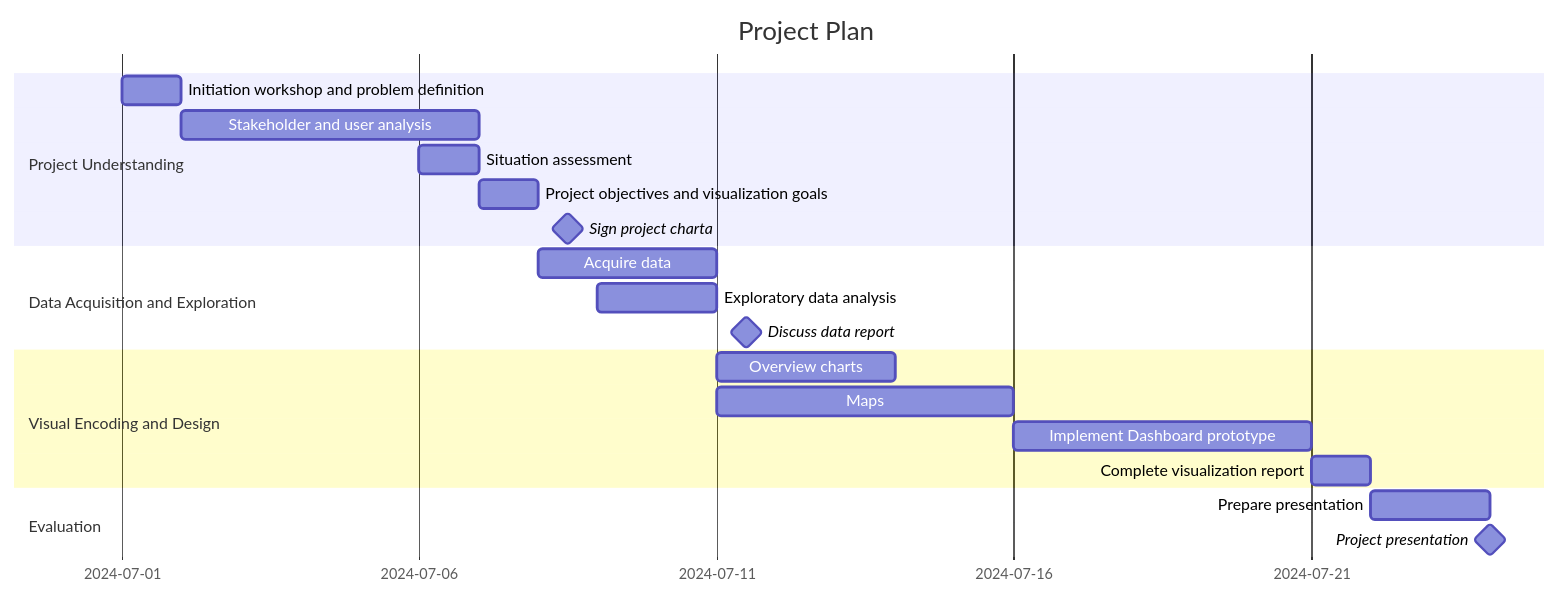
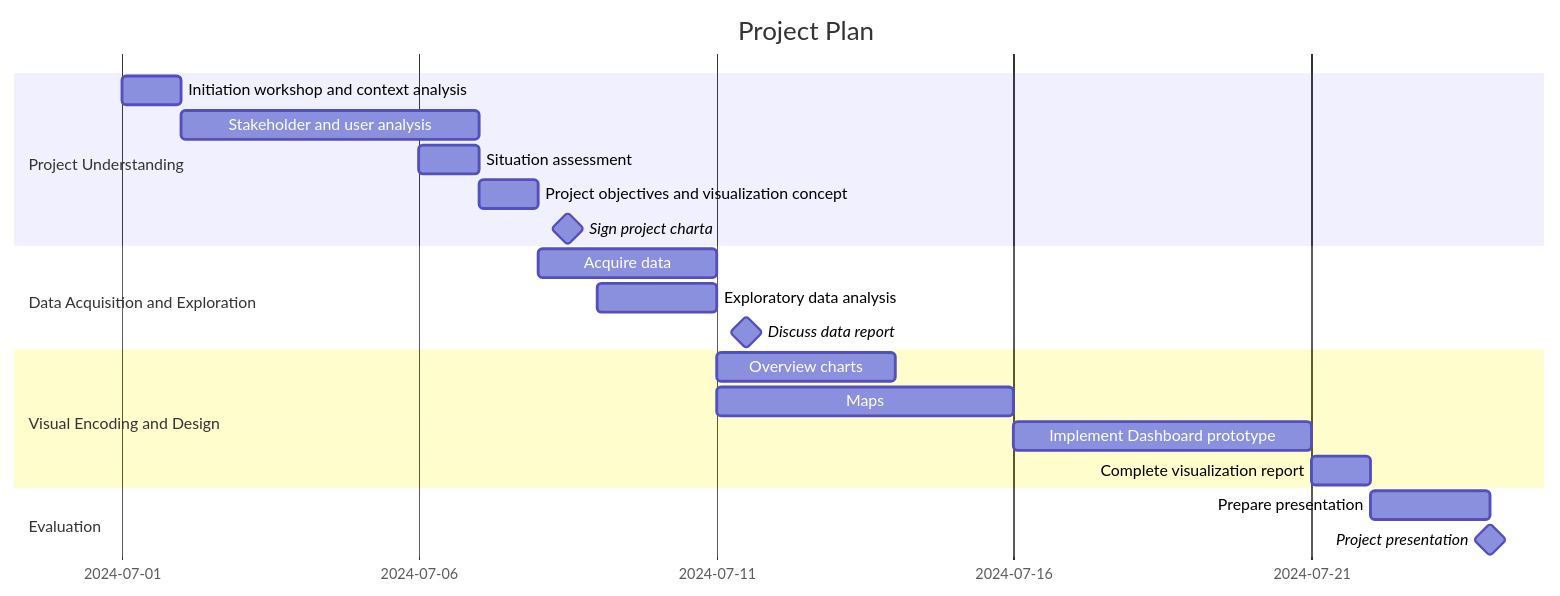
Before and after one commit to sen-do/dataviz: the diagram in docs/project_charta.qmd, drawn with Mermaid. The commit also changed other lines of this file and 14 other files, not shown here.

````diff
--- a/docs/project_charta.qmd
+++ b/docs/project_charta.qmd
@@ -51,28 +52,28 @@
 ```{mermaid}
 %%| label: fig-project-plan
 %%| fig-cap: Preliminary project plan in the form of a Gantt chart.
 gantt
     title Project Plan
     dateFormat YYYY-MM-DD
     tickInterval 5day
     section Project Understanding
-        Initiation workshop and problem definition     :a1, 2024-07-01, 1d
+        Initiation workshop and context analysis     :a1, 2024-07-01, 1d
         Stakeholder and user analysis     :a3, 2024-07-02, 5d
         Situation assessment    :a4, 2024-07-06, 1d
-        Project objectives and visualization goals    :a5, 2024-07-07, 1d
+        Project objectives and visualization concept    :a5, 2024-07-07, 1d
         Sign project charta: milestone, m1, 2024-07-08, 1d
     
     section Data Acquisition and Exploration
         Acquire data :a6, 2024-07-08, 3d
         Exploratory data analysis   :a7, 2024-07-09, 2d
         Discuss data report: milestone, m2, 2024-07-11, 1d
         
     section Visual Encoding and Design
         Overview charts   :a8, 2024-07-11, 3d
         Maps :a9, 2024-07-11, 5d
         Implement Dashboard prototype :a10, 2024-07-16, 5d
         Complete visualization report :a10, 2024-07-21, 1d
     section Evaluation
         Prepare presentation :a10, 2024-07-22, 2d
         Project presentation : milestone, m2, 2024-07-24, 4m
 ```
````
